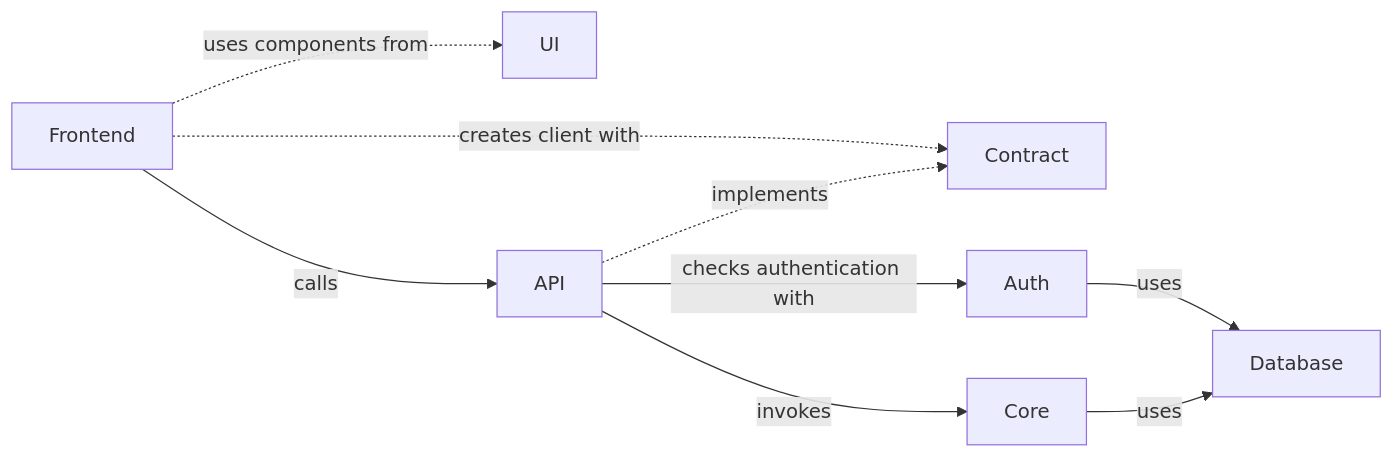
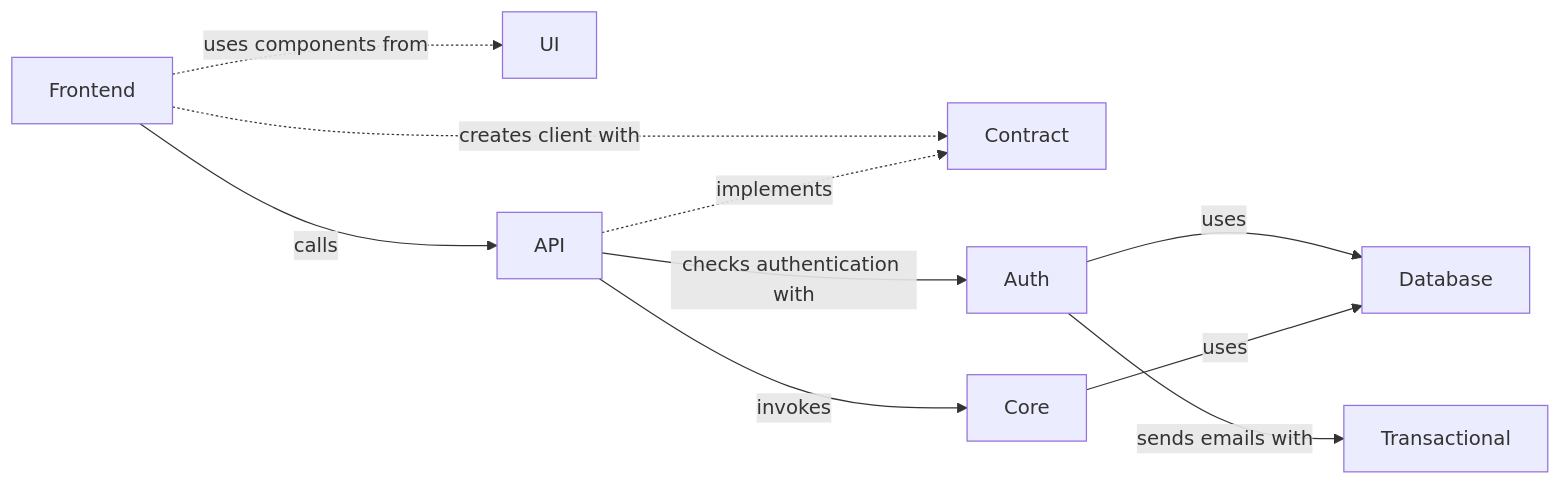
Before and after one commit to ghdoergeloh/horva: the first of 3 diagrams in README.md, drawn with Mermaid. The commit also changed other lines of this file and 3 other files, not shown here.

````diff
--- a/README.md
+++ b/README.md
@@ -60,11 +124,12 @@
 ```mermaid
 flowchart LR
   Frontend -.->|uses components from| UI
   Frontend -.->|creates client with| Contract
   Frontend -->|calls| API
   API -->|checks authentication with| Auth
   API -.->|implements| Contract
   API -->|invokes| Core
   Auth -->|uses| Database
+  Auth -->|sends emails with| Transactional
   Core -->|uses| Database
 ```
````
